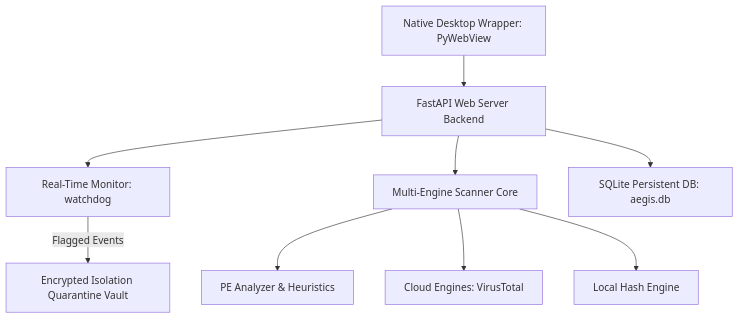
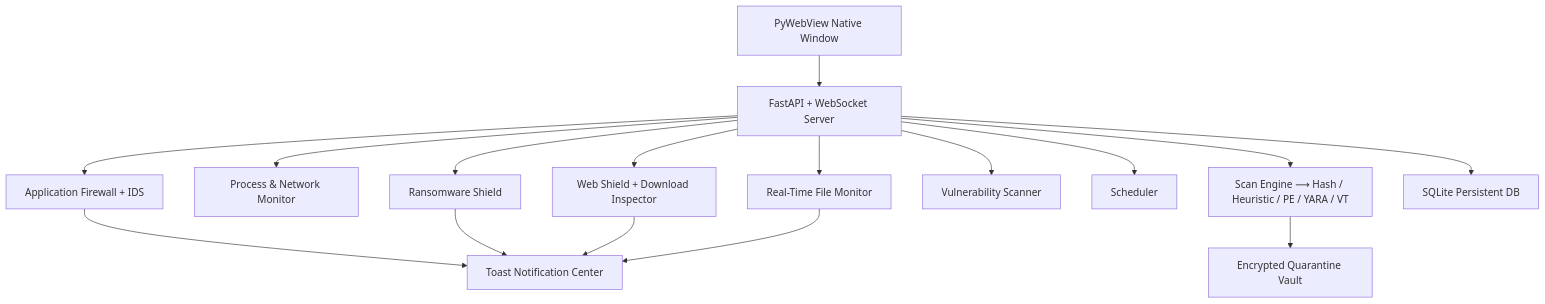
One commit to Mateooo93/aegis-av changed the diagram in README.md. Above: the diagram before and after it, drawn with Mermaid. The commit also changed other lines of this file and 19 other files, not shown here.

````diff
--- a/README.md
+++ b/README.md
@@ -35,11 +63,18 @@
 ```mermaid
 graph TD
-    A[Native Desktop Wrapper: PyWebView] --> B[FastAPI Web Server Backend]
-    B --> C[Real-Time Monitor: watchdog]
-    B --> D[Multi-Engine Scanner Core]
-    B --> E[SQLite Persistent DB: aegis.db]
-    D --> F[PE Analyzer & Heuristics]
-    D --> G[Cloud Engines: VirusTotal]
-    D --> H[Local Hash Engine]
-    C -->|Flagged Events| I[Encrypted Isolation Quarantine Vault]
+    A[PyWebView Native Window] --> B[FastAPI + WebSocket Server]
+    B --> C[Real-Time File Monitor]
+    B --> D[Process & Network Monitor]
+    B --> E[Web Shield + Download Inspector]
+    B --> F[Application Firewall + IDS]
+    B --> G[Ransomware Shield]
+    B --> H[Vulnerability Scanner]
+    B --> I[Scheduler]
+    B --> J[Scan Engine ⟶ Hash / Heuristic / PE / YARA / VT]
+    B --> K[SQLite Persistent DB]
+    J --> L[Encrypted Quarantine Vault]
+    F --> M[Toast Notification Center]
+    G --> M
+    E --> M
+    C --> M
 ```
````
